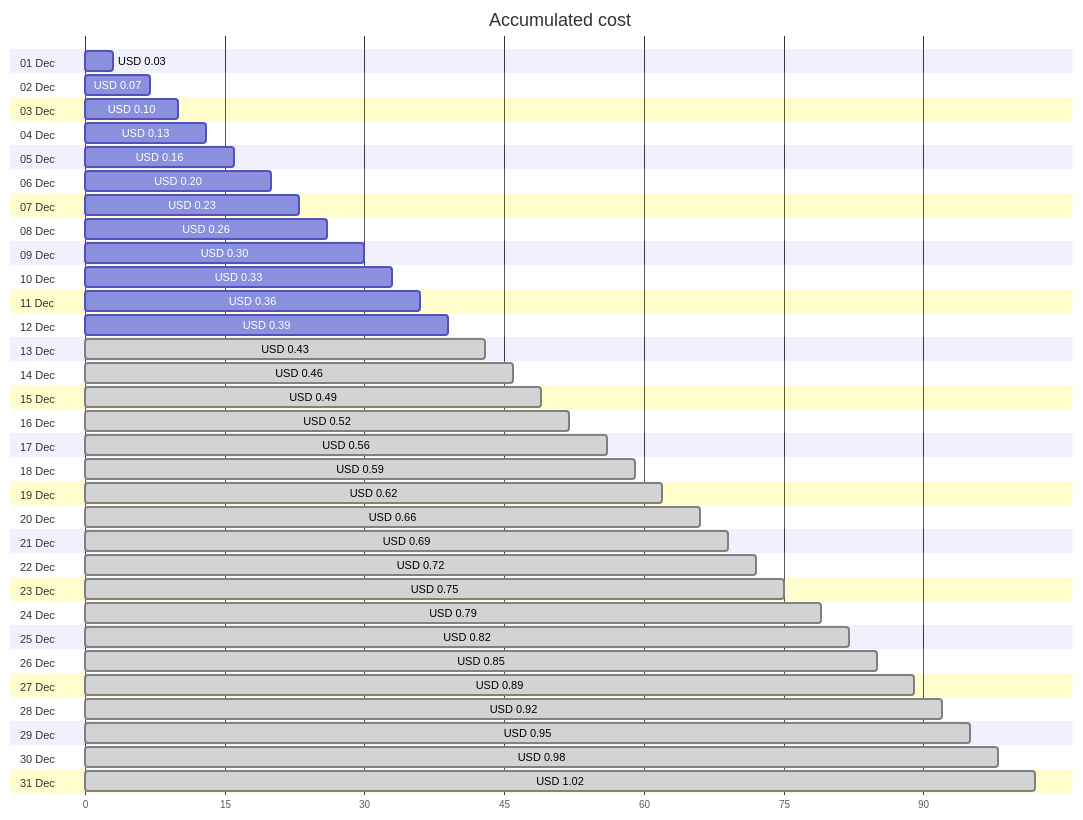
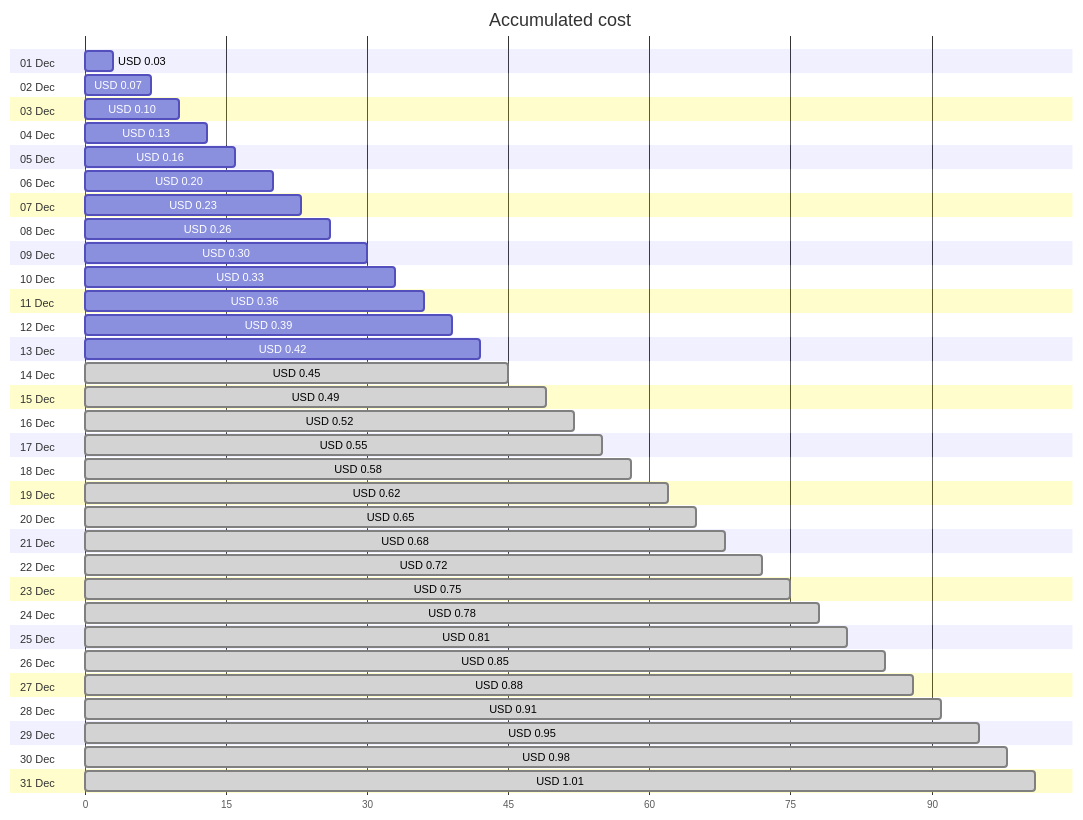
The first of 4 diagrams in cost-reports/personal-dns/README.md (jpfulton/azure-personal-reports), drawn with Mermaid before and after one commit. The commit also changed other lines of this file and 2 other files, not shown here.

Commit message:
Generated reports [skip ci]

````diff
--- a/cost-reports/personal-dns/README.md
+++ b/cost-reports/personal-dns/README.md
@@ -20,68 +20,68 @@
 ```mermaid
 gantt
    title Accumulated cost
    dateFormat  X
    axisFormat %s
    section 01 Dec
    USD 0.03 :0, 3
    section 02 Dec
    USD 0.07 :0, 7
    section 03 Dec
    USD 0.10 :0, 10
    section 04 Dec
    USD 0.13 :0, 13
    section 05 Dec
    USD 0.16 :0, 16
    section 06 Dec
    USD 0.20 :0, 20
    section 07 Dec
    USD 0.23 :0, 23
    section 08 Dec
    USD 0.26 :0, 26
    section 09 Dec
    USD 0.30 :0, 30
    section 10 Dec
    USD 0.33 :0, 33
    section 11 Dec
    USD 0.36 :0, 36
    section 12 Dec
    USD 0.39 :0, 39
    section 13 Dec
-   USD 0.43 : done, 0, 43
+   USD 0.42 :0, 42
    section 14 Dec
-   USD 0.46 : done, 0, 46
+   USD 0.45 : done, 0, 45
    section 15 Dec
    USD 0.49 : done, 0, 49
    section 16 Dec
    USD 0.52 : done, 0, 52
    section 17 Dec
-   USD 0.56 : done, 0, 56
+   USD 0.55 : done, 0, 55
    section 18 Dec
-   USD 0.59 : done, 0, 59
+   USD 0.58 : done, 0, 58
    section 19 Dec
    USD 0.62 : done, 0, 62
    section 20 Dec
-   USD 0.66 : done, 0, 66
+   USD 0.65 : done, 0, 65
    section 21 Dec
-   USD 0.69 : done, 0, 69
+   USD 0.68 : done, 0, 68
    section 22 Dec
    USD 0.72 : done, 0, 72
    section 23 Dec
    USD 0.75 : done, 0, 75
    section 24 Dec
-   USD 0.79 : done, 0, 79
+   USD 0.78 : done, 0, 78
    section 25 Dec
-   USD 0.82 : done, 0, 82
+   USD 0.81 : done, 0, 81
    section 26 Dec
    USD 0.85 : done, 0, 85
    section 27 Dec
-   USD 0.89 : done, 0, 89
+   USD 0.88 : done, 0, 88
    section 28 Dec
-   USD 0.92 : done, 0, 92
+   USD 0.91 : done, 0, 91
    section 29 Dec
    USD 0.95 : done, 0, 95
    section 30 Dec
    USD 0.98 : done, 0, 98
    section 31 Dec
-   USD 1.02 : done, 0, 102
+   USD 1.01 : done, 0, 101
 ```
````
